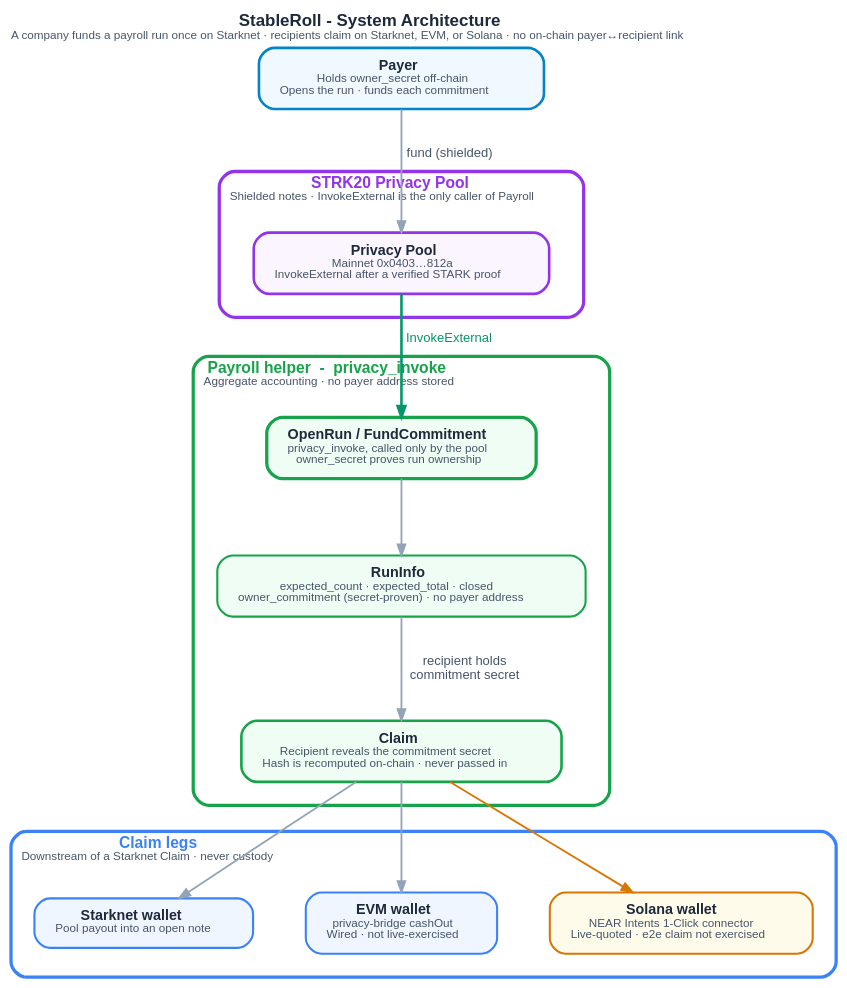
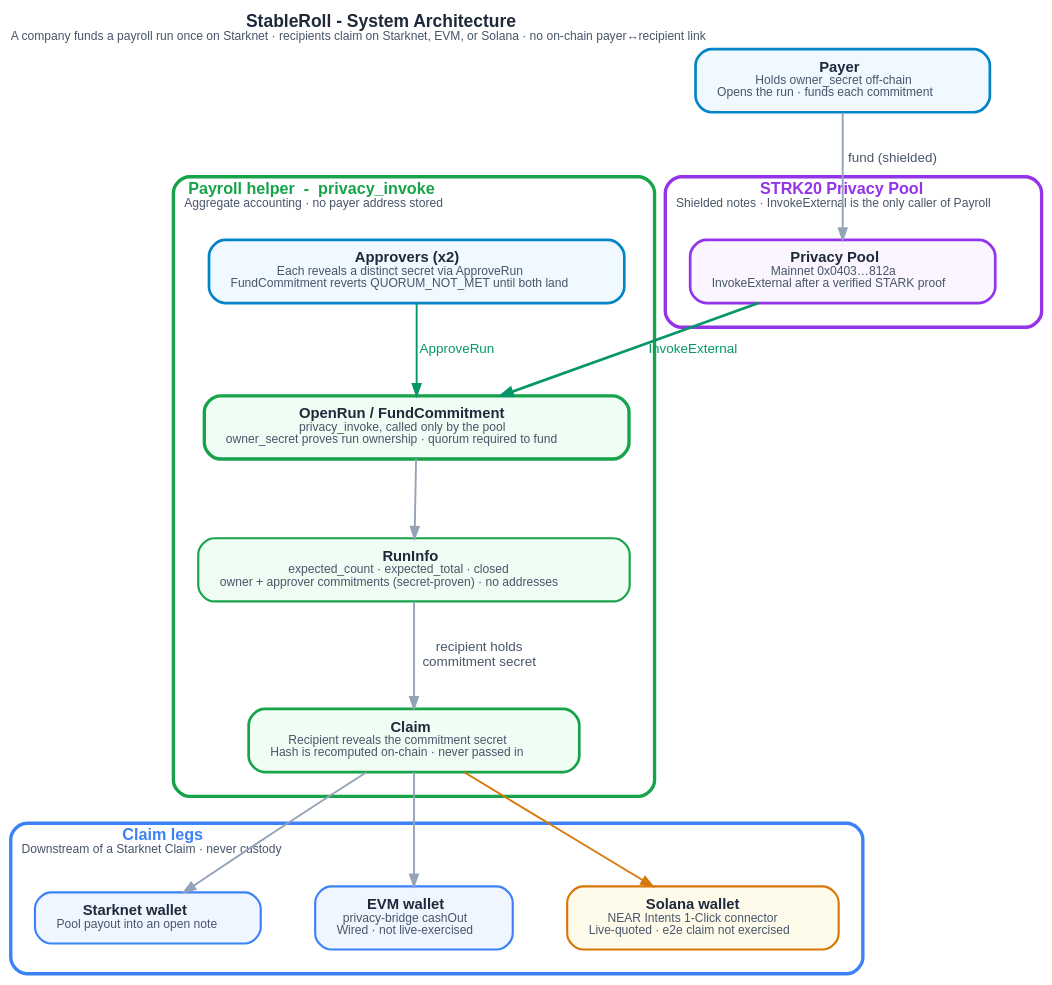
One commit to SunsetLabs-Game/stableroll changed the diagram in diagrams/out/architecture.dot. Above: the diagram before and after it, drawn with Graphviz. The commit also changed 24 other files, not shown here.

```diff
--- a/diagrams/out/architecture.dot
+++ b/diagrams/out/architecture.dot
@@ -1,62 +1,64 @@
 digraph "architecture" {
   bgcolor="transparent";
   fontname="Helvetica";
   fontsize="13";
   fontcolor="#1E293B";
   labelloc="t";
   labeljust="l";
   pad="0.7";
   nodesep="0.55";
   ranksep="0.8";
   rankdir="TB";
   splines="spline";
   size="14,11";
   label=<<B>StableRoll - System Architecture</B><BR/><FONT POINT-SIZE="9" COLOR="#475569">A company funds a payroll run once on Starknet · recipients claim on Starknet, EVM, or Solana · no on-chain payer↔recipient link</FONT>>;
   node [shape="box", style="filled,rounded", fillcolor="#F8FAFC", color="#64748B", fontname="Helvetica", fontsize="11", fontcolor="#1E293B", margin="0.22,0.13", penwidth="1.6"];
   edge [color="#94A3B8", fontname="Helvetica", fontsize="10", fontcolor="#475569", arrowsize="0.85", penwidth="1.4"];
   subgraph cluster_pool {
     label=<<B>STRK20 Privacy Pool</B><BR/><FONT POINT-SIZE="9" COLOR="#475569">Shielded notes · InvokeExternal is the only caller of Payroll</FONT>>;
     style="rounded";
     color="#9333EA";
     fontcolor="#9333EA";
     fontname="Helvetica";
     fontsize="12";
     penwidth="2.5";
     margin="18";
     pool [label=<<B>Privacy Pool</B><BR/><FONT POINT-SIZE="9" COLOR="#475569">Mainnet 0x0403…812a</FONT><BR/><FONT POINT-SIZE="9" COLOR="#475569">InvokeExternal after a verified STARK proof</FONT>>, fillcolor="#FAF5FF", color="#9333EA", penwidth="2"];
   }
   subgraph cluster_payroll {
     label=<<B>Payroll helper  -  privacy_invoke</B><BR/><FONT POINT-SIZE="9" COLOR="#475569">Aggregate accounting · no payer address stored</FONT>>;
     style="rounded";
     color="#16A34A";
     fontcolor="#16A34A";
     fontname="Helvetica";
     fontsize="12";
     penwidth="2.5";
     margin="18";
-    openfund [label=<<B>OpenRun / FundCommitment</B><BR/><FONT POINT-SIZE="9" COLOR="#475569">privacy_invoke, called only by the pool</FONT><BR/><FONT POINT-SIZE="9" COLOR="#475569">owner_secret proves run ownership</FONT>>, fillcolor="#F0FDF4", color="#16A34A", penwidth="2.5"];
-    runinfo [label=<<B>RunInfo</B><BR/><FONT POINT-SIZE="9" COLOR="#475569">expected_count · expected_total · closed</FONT><BR/><FONT POINT-SIZE="9" COLOR="#475569">owner_commitment (secret-proven) · no payer address</FONT>>, fillcolor="#F0FDF4", color="#16A34A"];
+    approvers [label=<<B>Approvers (x2)</B><BR/><FONT POINT-SIZE="9" COLOR="#475569">Each reveals a distinct secret via ApproveRun</FONT><BR/><FONT POINT-SIZE="9" COLOR="#475569">FundCommitment reverts QUORUM_NOT_MET until both land</FONT>>, fillcolor="#F0F9FF", color="#0284C7", penwidth="2"];
+    openfund [label=<<B>OpenRun / FundCommitment</B><BR/><FONT POINT-SIZE="9" COLOR="#475569">privacy_invoke, called only by the pool</FONT><BR/><FONT POINT-SIZE="9" COLOR="#475569">owner_secret proves run ownership · quorum required to fund</FONT>>, fillcolor="#F0FDF4", color="#16A34A", penwidth="2.5"];
+    runinfo [label=<<B>RunInfo</B><BR/><FONT POINT-SIZE="9" COLOR="#475569">expected_count · expected_total · closed</FONT><BR/><FONT POINT-SIZE="9" COLOR="#475569">owner + approver commitments (secret-proven) · no addresses</FONT>>, fillcolor="#F0FDF4", color="#16A34A"];
     claimop [label=<<B>Claim</B><BR/><FONT POINT-SIZE="9" COLOR="#475569">Recipient reveals the commitment secret</FONT><BR/><FONT POINT-SIZE="9" COLOR="#475569">Hash is recomputed on-chain · never passed in</FONT>>, fillcolor="#F0FDF4", color="#16A34A", penwidth="2"];
   }
   subgraph cluster_claim {
     label=<<B>Claim legs</B><BR/><FONT POINT-SIZE="9" COLOR="#475569">Downstream of a Starknet Claim · never custody</FONT>>;
     style="rounded";
     color="#3B82F6";
     fontcolor="#3B82F6";
     fontname="Helvetica";
     fontsize="12";
     penwidth="2.5";
     margin="18";
     starknet [label=<<B>Starknet wallet</B><BR/><FONT POINT-SIZE="9" COLOR="#475569">Pool payout into an open note</FONT>>, fillcolor="#EFF6FF", color="#3B82F6"];
     evm [label=<<B>EVM wallet</B><BR/><FONT POINT-SIZE="9" COLOR="#475569">privacy-bridge cashOut</FONT><BR/><FONT POINT-SIZE="9" COLOR="#475569">Wired · not live-exercised</FONT>>, fillcolor="#EFF6FF", color="#3B82F6"];
     solana [label=<<B>Solana wallet</B><BR/><FONT POINT-SIZE="9" COLOR="#475569">NEAR Intents 1-Click connector</FONT><BR/><FONT POINT-SIZE="9" COLOR="#475569">Live-quoted · e2e claim not exercised</FONT>>, fillcolor="#FFFBEB", color="#D97706"];
   }
   payer [label=<<B>Payer</B><BR/><FONT POINT-SIZE="9" COLOR="#475569">Holds owner_secret off-chain</FONT><BR/><FONT POINT-SIZE="9" COLOR="#475569">Opens the run · funds each commitment</FONT>>, fillcolor="#F0F9FF", color="#0284C7", penwidth="2"];
   payer -> pool [color="#94A3B8", label="fund (shielded)"];
   pool -> openfund [color="#059669", label="InvokeExternal", fontcolor="#059669", penwidth="2"];
+  approvers -> openfund [color="#059669", label="ApproveRun", fontcolor="#059669"];
   openfund -> runinfo [color="#94A3B8"];
   runinfo -> claimop [color="#94A3B8", label="recipient holds\ncommitment secret"];
   claimop -> starknet [color="#94A3B8"];
   claimop -> evm [color="#94A3B8"];
   claimop -> solana [color="#D97706", fontcolor="#D97706"];
 }
```
